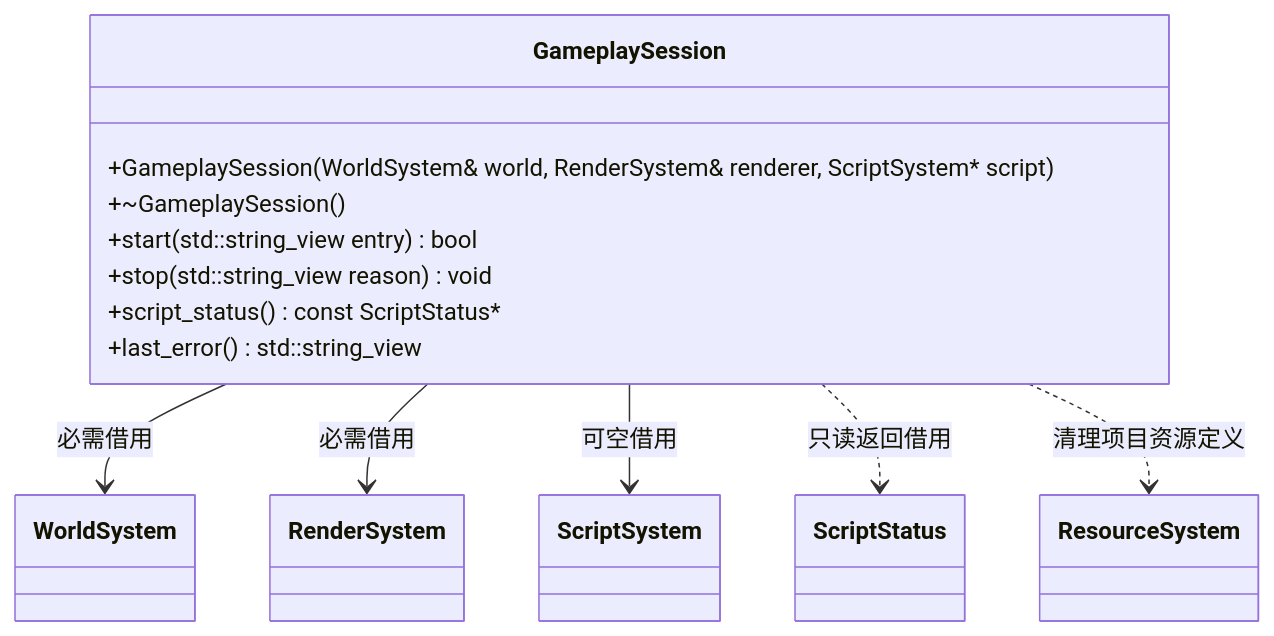
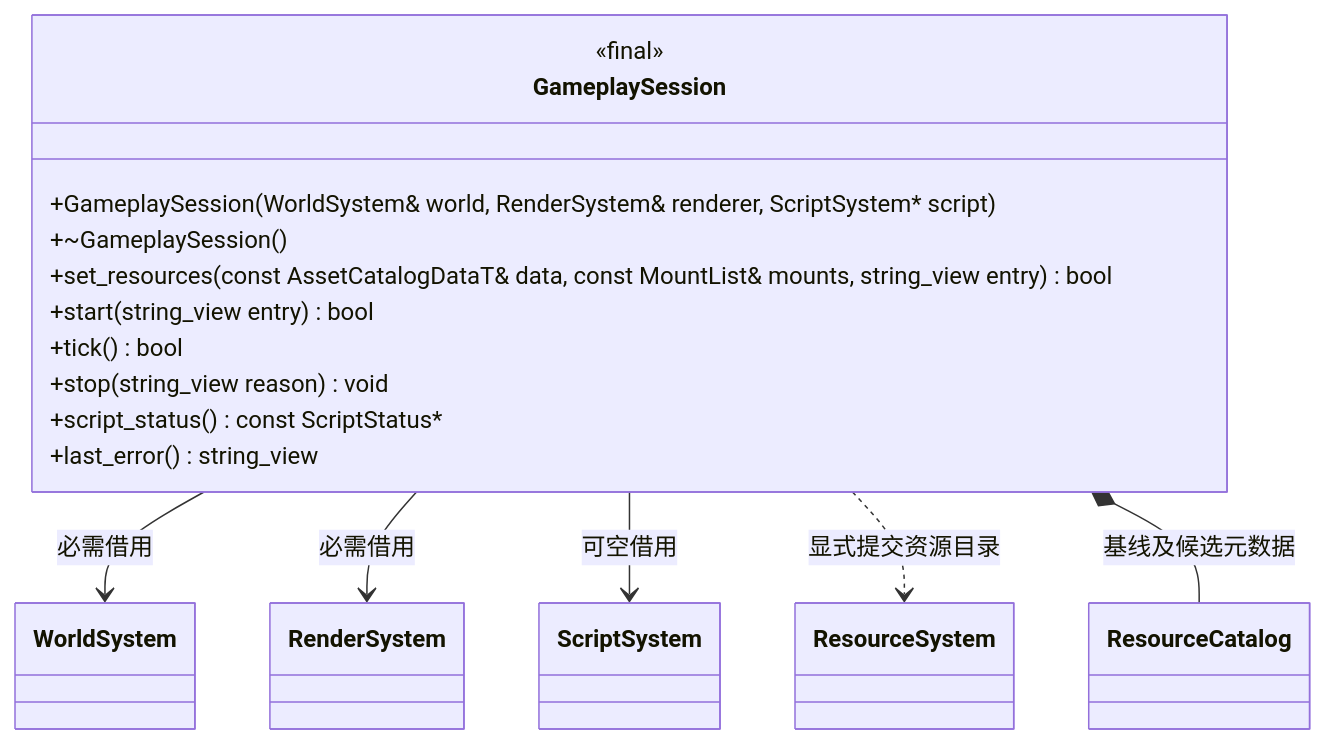
The first of 2 diagrams in docs/runtime/class-diagrams/gameplay-session.md (lcals/Engine), drawn with Mermaid before and after one commit. The commit also changed other lines of this file and 96 other files, not shown here.

````diff
--- a/docs/runtime/class-diagrams/gameplay-session.md
+++ b/docs/runtime/class-diagrams/gameplay-session.md
@@ -5,22 +5,24 @@
 ```mermaid
 classDiagram
-    direction TB
     class GameplaySession {
+        <<final>>
         +GameplaySession(WorldSystem& world, RenderSystem& renderer, ScriptSystem#42; script)
         +~GameplaySession()
-        +start(std::string_view entry) bool
-        +stop(std::string_view reason) void
+        +set_resources(const AssetCatalogDataT& data, const MountList& mounts, string_view entry) bool
+        +start(string_view entry) bool
+        +tick() bool
+        +stop(string_view reason) void
         +script_status() const ScriptStatus#42;
-        +last_error() std::string_view
+        +last_error() string_view
     }
     class WorldSystem
     class RenderSystem
     class ScriptSystem
-    class ScriptStatus
     class ResourceSystem
+    class ResourceCatalog
     GameplaySession --> WorldSystem : 必需借用
     GameplaySession --> RenderSystem : 必需借用
     GameplaySession --> ScriptSystem : 可空借用
-    GameplaySession ..> ScriptStatus : 只读返回借用
-    GameplaySession ..> ResourceSystem : 清理项目资源定义
+    GameplaySession ..> ResourceSystem : 显式提交资源目录
+    GameplaySession *-- ResourceCatalog : 基线及候选元数据
 ```
````
